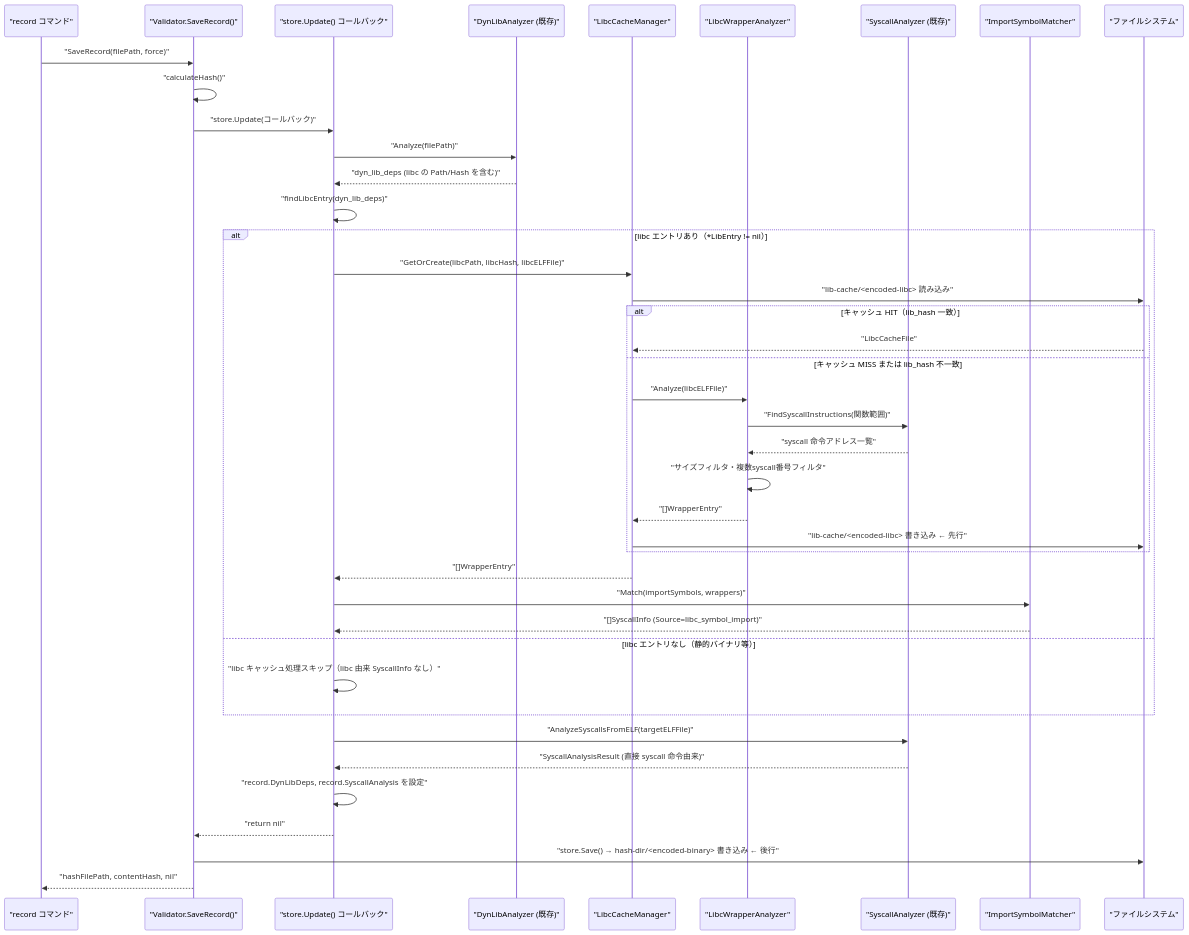
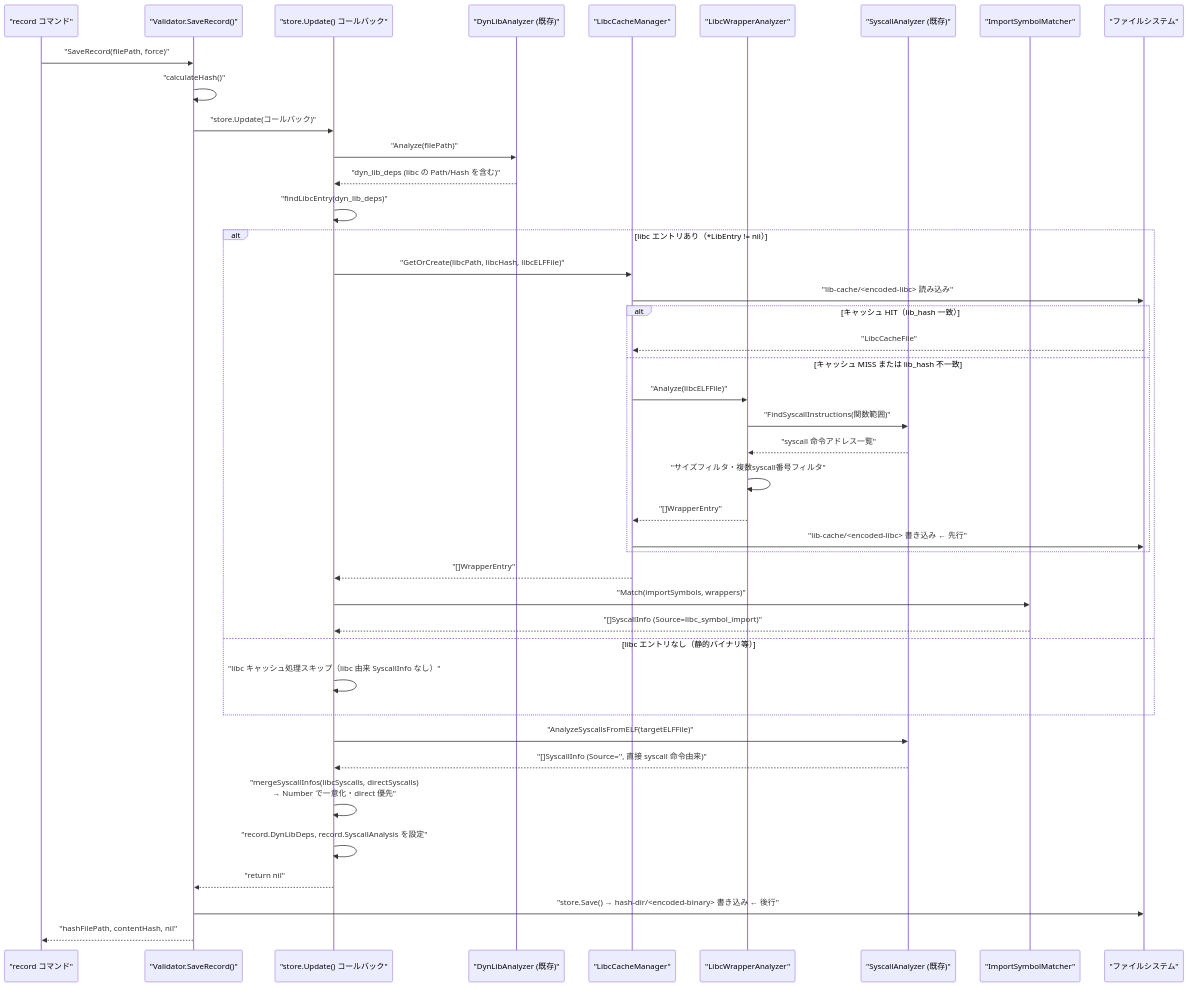
Before and after one commit to isseis/go-safe-cmd-runner: the fourth of 9 diagrams in docs/tasks/0079_libc_syscall_wrapper_cache/02_architecture.md, drawn with Mermaid. The commit also changed other lines of this file, not shown here.

First line of the commit message:
docs(tasks/0079): add mergeSyscallInfos deduplication design

````diff
--- a/docs/tasks/0079_libc_syscall_wrapper_cache/02_architecture.md
+++ b/docs/tasks/0079_libc_syscall_wrapper_cache/02_architecture.md
@@ -120,44 +123,45 @@
 ```mermaid
 sequenceDiagram
     participant RC as "record コマンド"
     participant V as "Validator.SaveRecord()"
     participant CB as "store.Update() コールバック"
     participant DA as "DynLibAnalyzer (既存)"
     participant CM as "LibcCacheManager"
     participant WA as "LibcWrapperAnalyzer"
     participant SA as "SyscallAnalyzer (既存)"
     participant IM as "ImportSymbolMatcher"
     participant FS as "ファイルシステム"
 
     RC->>V: "SaveRecord(filePath, force)"
     V->>V: "calculateHash()"
     V->>CB: "store.Update(コールバック)"
     CB->>DA: "Analyze(filePath)"
     DA-->>CB: "dyn_lib_deps (libc の Path/Hash を含む)"
     CB->>CB: "findLibcEntry(dyn_lib_deps)"
     alt libc エントリあり（*LibEntry != nil）
         CB->>CM: "GetOrCreate(libcPath, libcHash, libcELFFile)"
         CM->>FS: "lib-cache/<encoded-libc> 読み込み"
         alt キャッシュ HIT（lib_hash 一致）
             FS-->>CM: "LibcCacheFile"
         else キャッシュ MISS または lib_hash 不一致
             CM->>WA: "Analyze(libcELFFile)"
             WA->>SA: "FindSyscallInstructions(関数範囲)"
             SA-->>WA: "syscall 命令アドレス一覧"
             WA->>WA: "サイズフィルタ・複数syscall番号フィルタ"
             WA-->>CM: "[]WrapperEntry"
             CM->>FS: "lib-cache/<encoded-libc> 書き込み  ← 先行"
         end
         CM-->>CB: "[]WrapperEntry"
         CB->>IM: "Match(importSymbols, wrappers)"
         IM-->>CB: "[]SyscallInfo (Source=libc_symbol_import)"
     else libc エントリなし（静的バイナリ等）
         CB->>CB: "libc キャッシュ処理スキップ（libc 由来 SyscallInfo なし）"
     end
     CB->>SA: "AnalyzeSyscallsFromELF(targetELFFile)"
-    SA-->>CB: "SyscallAnalysisResult (直接 syscall 命令由来)"
+    SA-->>CB: "[]SyscallInfo (Source='', 直接 syscall 命令由来)"
+    CB->>CB: "mergeSyscallInfos(libcSyscalls, directSyscalls)<br>→ Number で一意化・direct 優先"
     CB->>CB: "record.DynLibDeps, record.SyscallAnalysis を設定"
     CB-->>V: "return nil"
     V->>FS: "store.Save() → hash-dir/<encoded-binary> 書き込み  ← 後行"
     V-->>RC: "hashFilePath, contentHash, nil"
 ```
````
